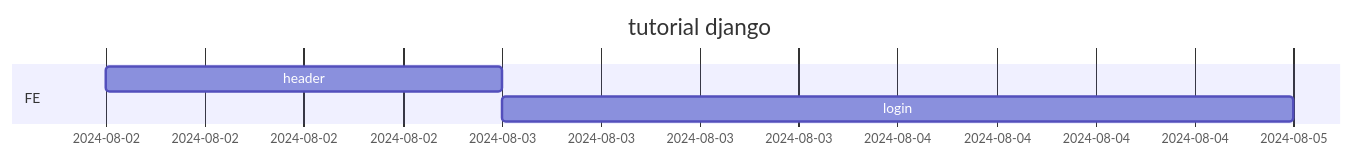
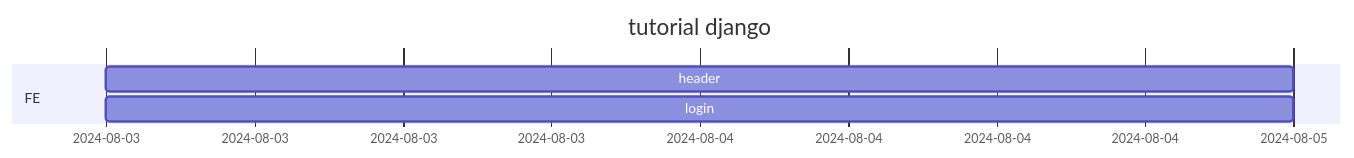
The diagram in README.md (gustn1029/openMarket), drawn with Mermaid before and after one commit.

Commit message:
리드미 개발 일정 수정

````diff
--- a/README.md
+++ b/README.md
@@ -61,8 +61,8 @@
 ```mermaid
 gantt
     title tutorial django
     dateFormat YY-MM-DD
     section FE
-        header    :2024-08-02, 1d
+        header    :2024-08-03, 2d
         login    :2024-08-03, 2d
 ```
````
